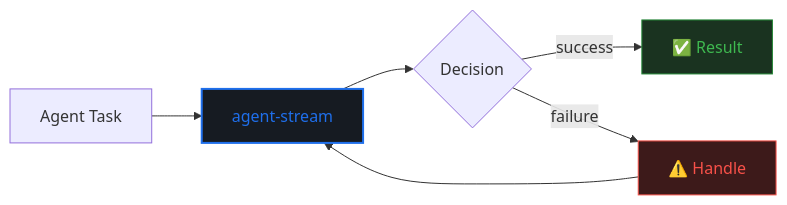
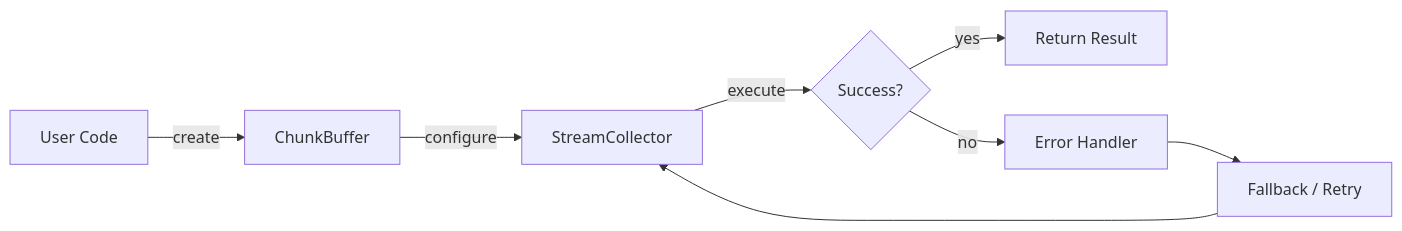
The first of 2 diagrams in README.md (darshjme/agent-stream), drawn with Mermaid before and after one commit. The commit also changed other lines of this file and 1 other file, not shown here.

````diff
--- a/README.md
+++ b/README.md
@@ -59,12 +83,10 @@
 ```mermaid
 flowchart LR
-    A[Agent Task] --> B[agent-stream]
-    B --> C{Decision}
-    C -->|success| D[✅ Result]
-    C -->|failure| E[⚠️ Handle]
-    E --> B
-
-    style B fill:#161b22,stroke:#1f6feb,stroke-width:2,color:#1f6feb
-    style D fill:#1a3320,stroke:#238636,color:#3fb950
-    style E fill:#3d1a1a,stroke:#f85149,color:#f85149
+    A[User Code] -->|create| B[ChunkBuffer]
+    B -->|configure| C[StreamCollector]
+    C -->|execute| D{Success?}
+    D -->|yes| E[Return Result]
+    D -->|no| F[Error Handler]
+    F --> G[Fallback / Retry]
+    G --> C
 ```
````
